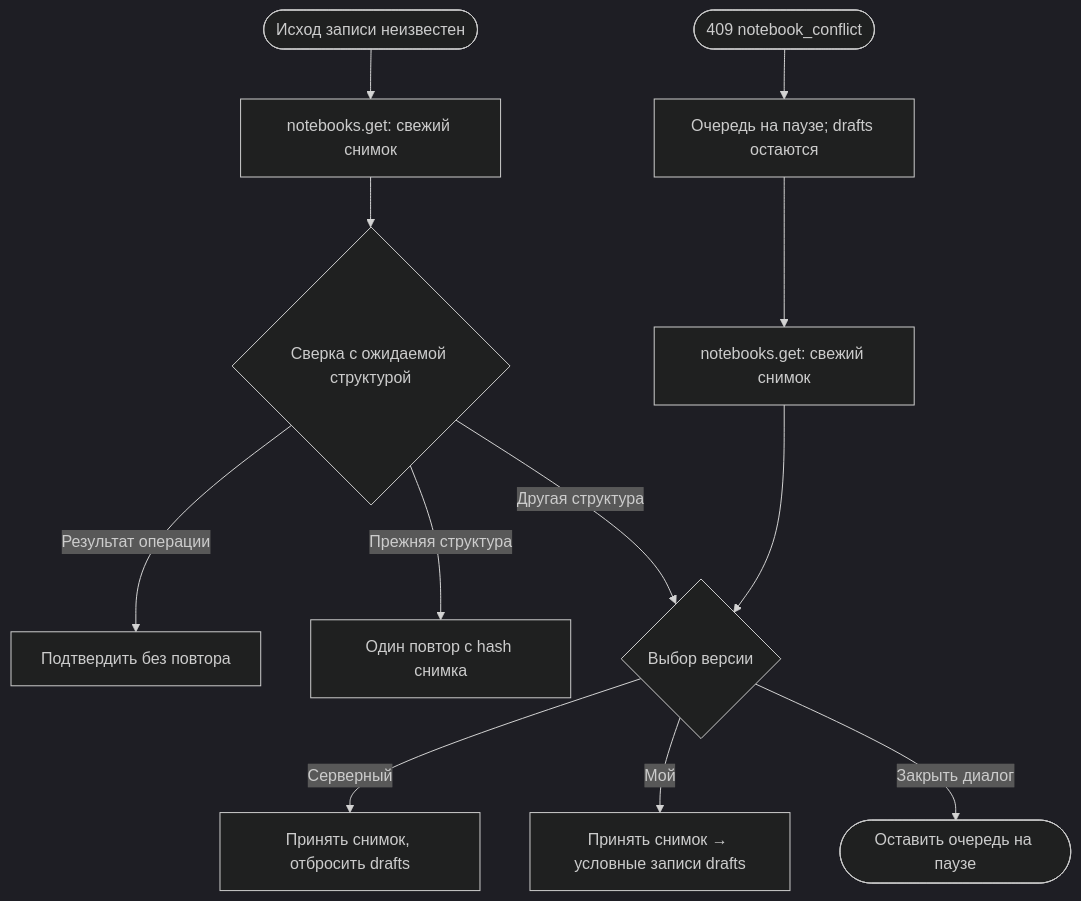
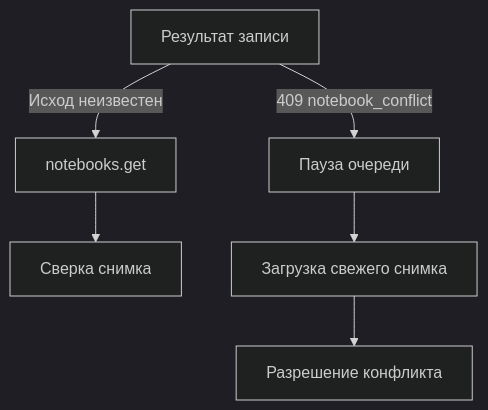
Before and after one commit to Cringe-Driven-Development-Team/docs: the second of 2 diagrams in site/documentation/frontend/state.md, drawn with Mermaid (dark theme). The commit also changed other lines of this file and 9 other files, not shown here.

````diff
--- a/site/documentation/frontend/state.md
+++ b/site/documentation/frontend/state.md
@@ -171,15 +66,8 @@
 ```mermaid
-%% Flowchart: неопределённая запись требует сверки, явный конфликт — выбора версии.
 flowchart TD
-    uncertain(["Исход записи неизвестен"]) --> read["notebooks.get: свежий снимок"]
-    read --> reconcile{"Сверка с ожидаемой структурой"}
-    reconcile -->|Результат операции| confirmed["Подтвердить без повтора"]
-    reconcile -->|Прежняя структура| retry["Один повтор с hash снимка"]
-    reconcile -->|Другая структура| choice{"Выбор версии"}
-    conflict(["409 notebook_conflict"]) --> pause["Очередь на паузе; drafts остаются"]
-    pause --> fresh["notebooks.get: свежий снимок"]
-    fresh --> choice
-    choice -->|Серверный| server["Принять снимок, отбросить drafts"]
-    choice -->|Мой| mine["Принять снимок → условные записи drafts"]
-    choice -->|Закрыть диалог| paused(["Оставить очередь на паузе"])
+    save["Результат записи"] -->|Исход неизвестен| read["notebooks.get"]
+    read --> reconcile["Сверка снимка"]
+    save -->|409 notebook_conflict| pause["Пауза очереди"]
+    pause --> fresh["Загрузка свежего снимка"]
+    fresh --> choice["Разрешение конфликта"]
 ```
````
